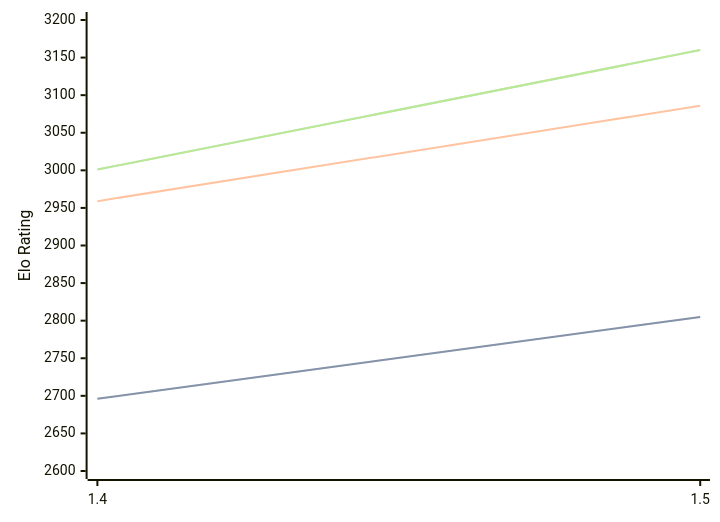
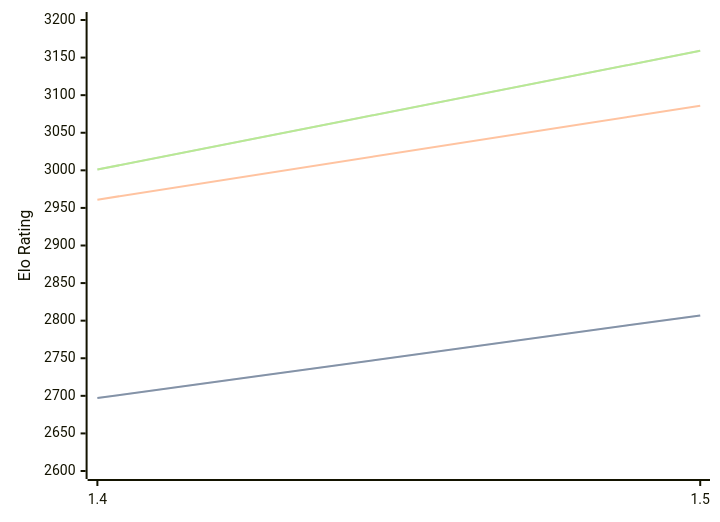
One commit to computer-chess-index/cci changed the diagram in engines/Yakka.md. Above: the diagram before and after it, drawn with Mermaid. The commit also changed other lines of this file, not shown here.

Commit message:
Update CCI Ratings (ELO VLTC) - 2026-02-17

````diff
--- a/engines/Yakka.md
+++ b/engines/Yakka.md
@@ -33,11 +33,11 @@
 ```mermaid
 %%{init: {"theme":"base","themeVariables":{"seriesColors:['#a3a3a3','#222221','#faa371']}}}%%
 xychart-beta
   x-axis ["1.4", "1.5"]
   y-axis "Elo Rating" 2600 --> 3200
-  line "STC (8.0+0.08s)" [2696, 2805]
-  line "STC (8.0+0.08s)" [2696, 2805]
-  line "LTC (60.0+0.60s)" [2959, 3086]
-  line "VLTC (2m24s+1.12s)" [3001, 3160]
-  line "VLTC (2m24s+1.12s)" [3001, 3160]
+  line "STC (8.0+0.08s)" [2697, 2807]
+  line "STC (8.0+0.08s)" [2697, 2807]
+  line "LTC (60.0+0.60s)" [2961, 3086]
+  line "VLTC (2m24s+1.12s)" [3001, 3159]
+  line "VLTC (2m24s+1.12s)" [3001, 3159]
 ```
````
